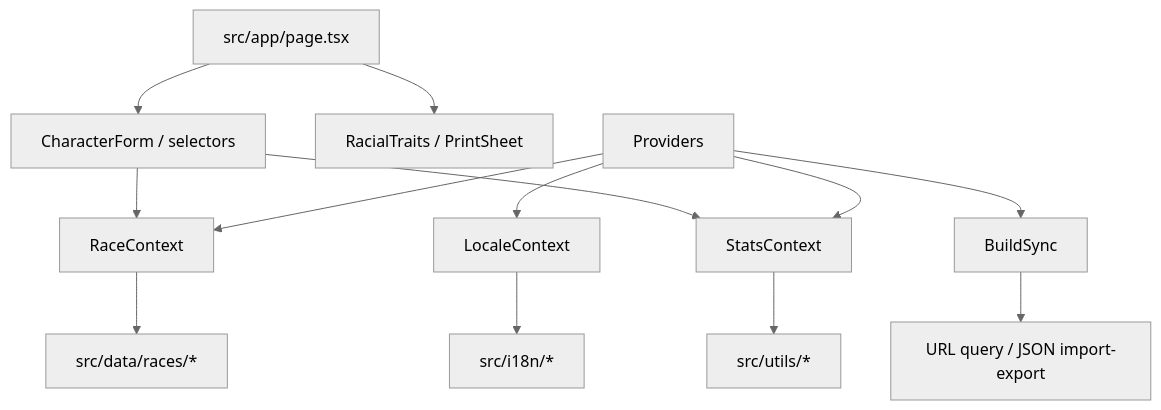
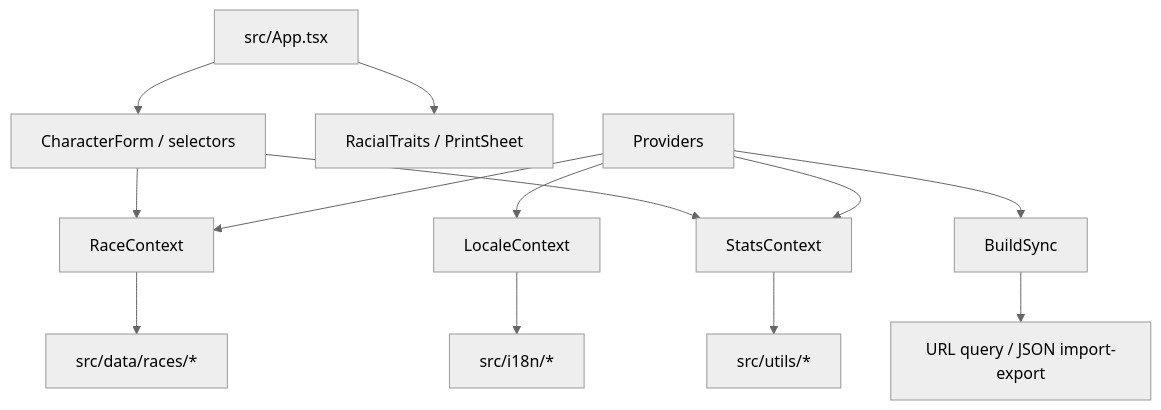
One commit to starbornone/dnd-point-buy-calc changed the diagram in docs/architecture.md. Above: the diagram before and after it, drawn with Mermaid (neutral theme). The commit also changed other lines of this file and 65 other files, not shown here.

````diff
--- a/docs/architecture.md
+++ b/docs/architecture.md
@@ -7,15 +7,15 @@
 ```mermaid
 flowchart TD
-  page["src/app/page.tsx"] --> form["CharacterForm / selectors"]
-  page --> traits["RacialTraits / PrintSheet"]
+  app["src/App.tsx"] --> form["CharacterForm / selectors"]
+  app --> traits["RacialTraits / PrintSheet"]
   providers["Providers"] --> locale["LocaleContext"]
   providers --> race["RaceContext"]
   providers --> stats["StatsContext"]
   providers --> sync["BuildSync"]
   form --> race
   form --> stats
   race --> data["src/data/races/*"]
   stats --> utils["src/utils/*"]
   sync --> url["URL query / JSON import-export"]
   locale --> i18n["src/i18n/*"]
 ```
````
